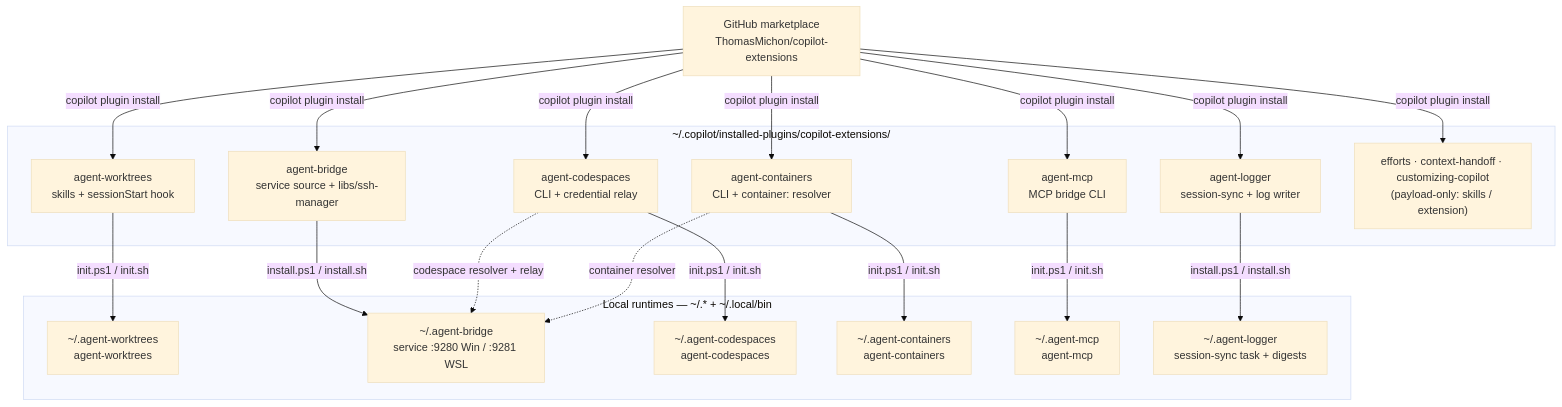
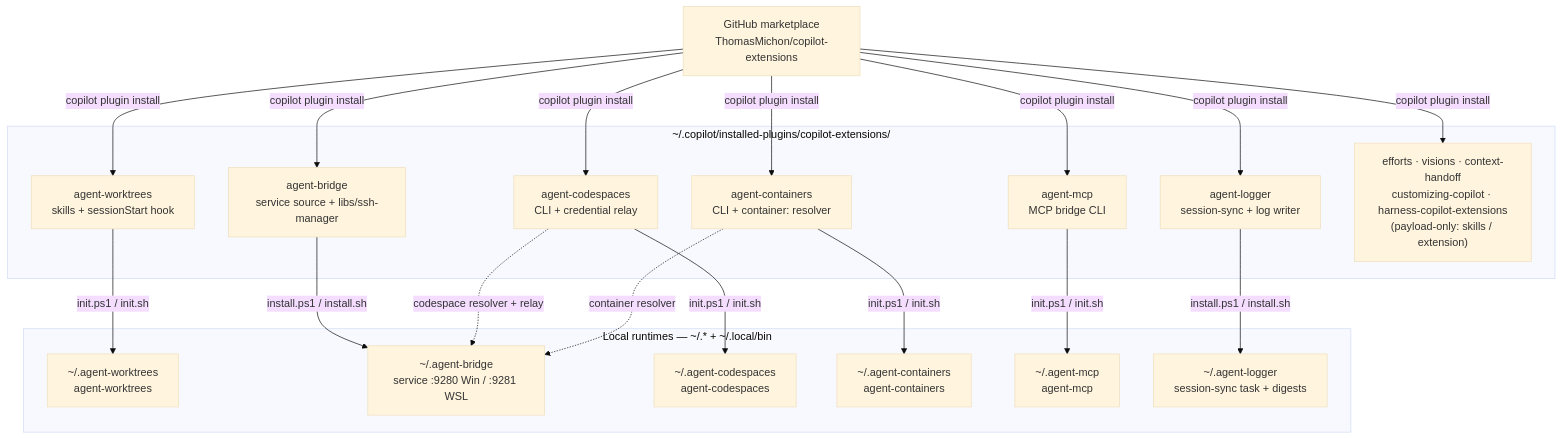
The first of 3 diagrams in README.md (ThomasMichon/copilot-extensions), drawn with Mermaid (base theme) before and after one commit. The commit also changed other lines of this file and 9 other files, not shown here.

First line of the commit message:
Add harness-copilot-extensions plugin + the harness-<repo> standard

````diff
--- a/README.md
+++ b/README.md
@@ -37,36 +41,36 @@
 ```mermaid
 flowchart TB
     MP["GitHub marketplace<br/>ThomasMichon/copilot-extensions"]
     subgraph IP["~/.copilot/installed-plugins/copilot-extensions/"]
       AW["agent-worktrees<br/>skills + sessionStart hook"]
       AB["agent-bridge<br/>service source + libs/ssh-manager"]
       AC["agent-codespaces<br/>CLI + credential relay"]
       AN["agent-containers<br/>CLI + container: resolver"]
       AM["agent-mcp<br/>MCP bridge CLI"]
       AL["agent-logger<br/>session-sync + log writer"]
-      PO["efforts · context-handoff · customizing-copilot<br/>(payload-only: skills / extension)"]
+      PO["efforts · visions · context-handoff<br/>customizing-copilot · harness-copilot-extensions<br/>(payload-only: skills / extension)"]
     end
     subgraph RT["Local runtimes — ~/.* + ~/.local/bin"]
       RW["~/.agent-worktrees<br/>agent-worktrees"]
       RB["~/.agent-bridge<br/>service :9280 Win / :9281 WSL"]
       RC["~/.agent-codespaces<br/>agent-codespaces"]
       RN["~/.agent-containers<br/>agent-containers"]
       RM["~/.agent-mcp<br/>agent-mcp"]
       RL["~/.agent-logger<br/>session-sync task + digests"]
     end
     MP -->|copilot plugin install| AW
     MP -->|copilot plugin install| AB
     MP -->|copilot plugin install| AC
     MP -->|copilot plugin install| AN
     MP -->|copilot plugin install| AM
     MP -->|copilot plugin install| AL
     MP -->|copilot plugin install| PO
     AW -->|init.ps1 / init.sh| RW
     AB -->|install.ps1 / install.sh| RB
     AC -->|init.ps1 / init.sh| RC
     AN -->|init.ps1 / init.sh| RN
     AM -->|init.ps1 / init.sh| RM
     AL -->|install.ps1 / install.sh| RL
     AC -.->|codespace resolver + relay| RB
     AN -.->|container resolver| RB
 ```
````
